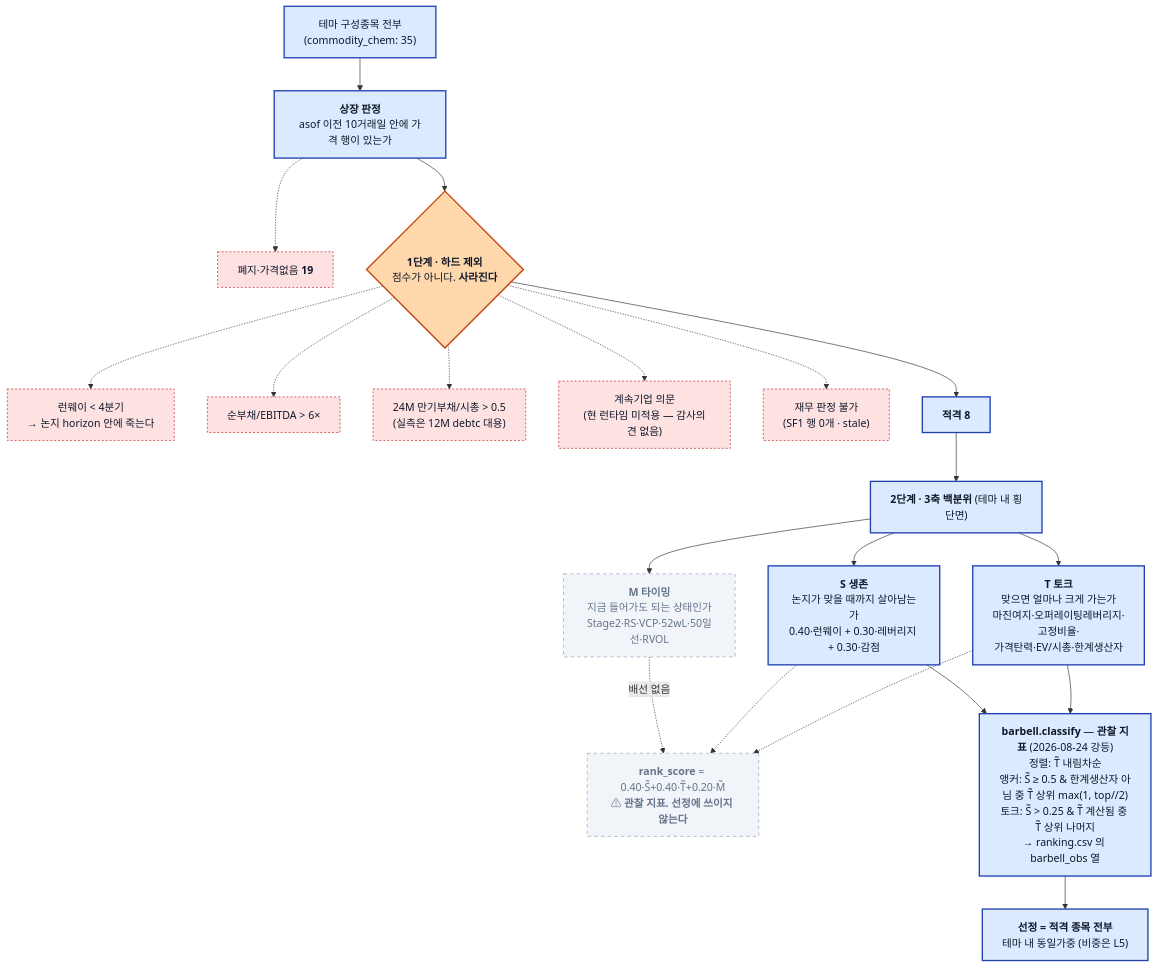
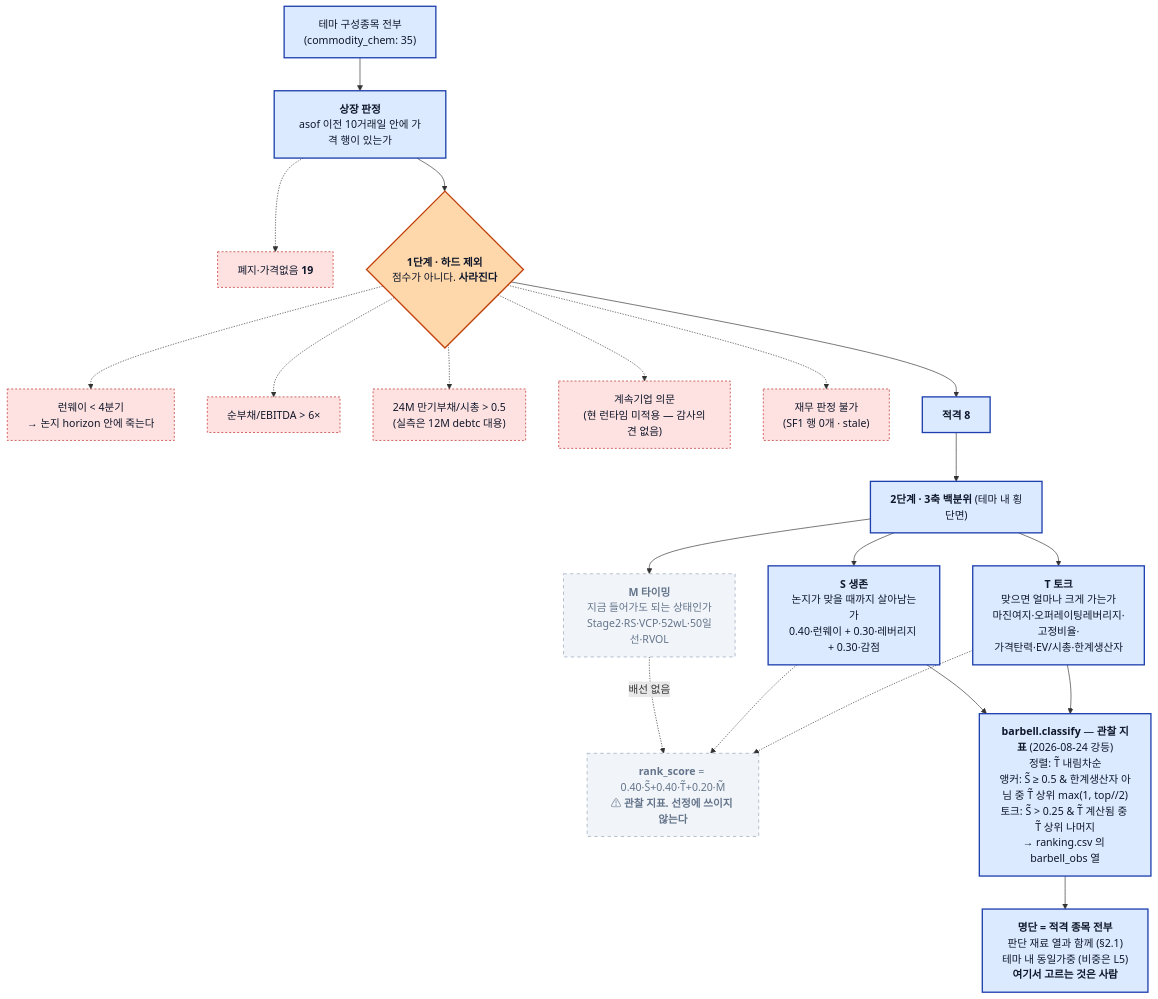
One commit to younghwan91/macro-sector-agent changed the fourth of 4 diagrams in README.md. Above: the diagram before and after it, drawn with Mermaid. The commit also changed other lines of this file and 3 other files, not shown here.

````diff
--- a/README.md
+++ b/README.md
@@ -334,46 +491,46 @@
 ```mermaid
 flowchart TD
     IN["테마 구성종목 전부<br/>(commodity_chem: 35)"]
     L["<b>상장 판정</b><br/>asof 이전 10거래일 안에 가격 행이 있는가"]
     LX["폐지·가격없음 <b>19</b>"]
     HF{"<b>1단계 · 하드 제외</b><br/>점수가 아니다. <b>사라진다</b>"}
     H1["런웨이 &lt; 4분기<br/>→ 논지 horizon 안에 죽는다"]
     H2["순부채/EBITDA &gt; 6×"]
     H3["24M 만기부채/시총 &gt; 0.5<br/>(실측은 12M debtc 대용)"]
     H4["계속기업 의문<br/>(현 런타임 미적용 — 감사의견 없음)"]
     H5["재무 판정 불가<br/>(SF1 행 0개 · stale)"]
     OK["<b>적격 8</b>"]
     AX["<b>2단계 · 3축 백분위</b> (테마 내 횡단면)"]
     S["<b>S 생존</b><br/>논지가 맞을 때까지 살아남는가<br/>0.40·런웨이 + 0.30·레버리지 + 0.30·감점"]
     T["<b>T 토크</b><br/>맞으면 얼마나 크게 가는가<br/>마진여지·오퍼레이팅레버리지·고정비율·<br/>가격탄력·EV/시총·한계생산자"]
     M["<b>M 타이밍</b><br/>지금 들어가도 되는 상태인가<br/>Stage2·RS·VCP·52wL·50일선·RVOL"]
     RS["<b>rank_score</b> = 0.40·S̃+0.40·T̃+0.20·M̃<br/>⚠ <b>관찰 지표. 선정에 쓰이지 않는다</b>"]
     BB["<b>barbell.classify</b> — <b>관찰 지표</b> (2026-08-24 강등)<br/>정렬: T̃ 내림차순<br/>앵커: S̃ ≥ 0.5 &amp; 한계생산자 아님 중 T̃ 상위 max(1, top//2)<br/>토크: S̃ &gt; 0.25 &amp; T̃ 계산됨 중 T̃ 상위 나머지<br/>→ ranking.csv 의 barbell_obs 열"]
-    OUT["<b>선정 = 적격 종목 전부</b><br/>테마 내 동일가중 (비중은 L5)"]
+    OUT["<b>명단 = 적격 종목 전부</b><br/>판단 재료 열과 함께 (§2.1)<br/>테마 내 동일가중 (비중은 L5)<br/><b>여기서 고르는 것은 사람</b>"]
 
     IN --> L --> HF --> OK --> AX
     L -.-> LX
     HF -.-> H1
     HF -.-> H2
     HF -.-> H3
     HF -.-> H4
     HF -.-> H5
     AX --> S
     AX --> T
     AX --> M
     S --> BB
     T --> BB
     M -.->|"배선 없음"| RS
     S -.-> RS
     T -.-> RS
     BB --> OUT
 
     classDef keep fill:#dbeafe,stroke:#1e40af,stroke-width:2px,color:#0f172a
     classDef drop fill:#fee2e2,stroke:#b91c1c,stroke-dasharray:3 3,color:#0f172a
     classDef dead fill:#f1f5f9,stroke:#94a3b8,stroke-dasharray:5 5,color:#64748b
     classDef gate fill:#fed7aa,stroke:#c2410c,stroke-width:2px,color:#0f172a
     class IN,L,OK,AX,S,T,BB,OUT keep
     class LX,H1,H2,H3,H4,H5 drop
     class RS,M dead
     class HF gate
 ```
````
